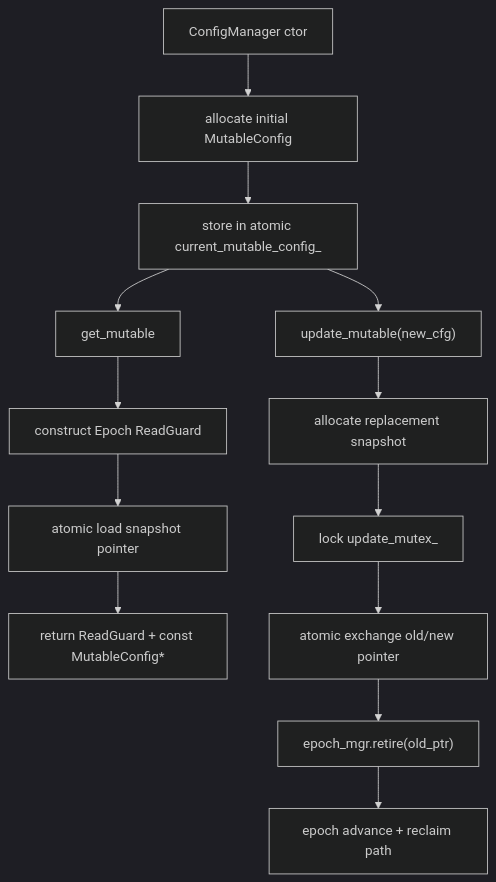
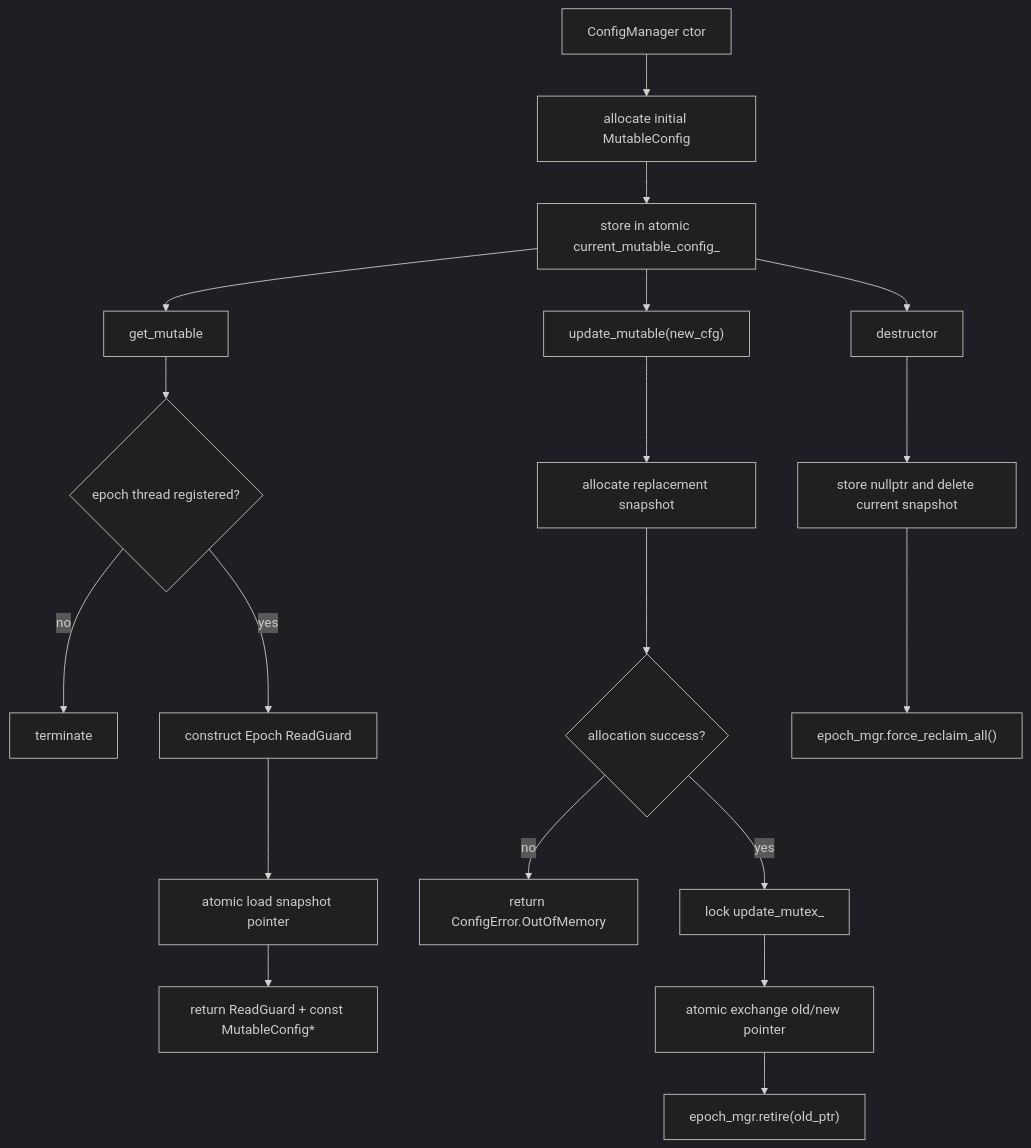
The diagram in docs/architecture/02-configuration-management.md (ankitkr-04/strata-db), drawn with Mermaid (dark theme) before and after one commit. The commit also changed other lines of this file and 7 other files, not shown here.

First line of the commit message:
docs: update architecture documentation for SkipListMemTable and SkipListNode

````diff
--- a/docs/architecture/02-configuration-management.md
+++ b/docs/architecture/02-configuration-management.md
@@ -64,16 +66,23 @@
 ```mermaid
 flowchart TD
     A[ConfigManager ctor] --> B[allocate initial MutableConfig]
     B --> C[store in atomic current_mutable_config_]
     C --> D[get_mutable]
-    D --> E[construct Epoch ReadGuard]
-    E --> F[atomic load snapshot pointer]
-    F --> G[return ReadGuard + const MutableConfig*]
+    D --> E{"epoch thread registered?"}
+    E -- no --> X[terminate]
+    E -- yes --> F[construct Epoch ReadGuard]
+    F --> G[atomic load snapshot pointer]
+    G --> H[return ReadGuard + const MutableConfig*]
 
-    C --> H["update_mutable(new_cfg)"]
-    H --> I[allocate replacement snapshot]
-    I --> J[lock update_mutex_]
-    J --> K[atomic exchange old/new pointer]
-    K --> L["epoch_mgr.retire(old_ptr)"]
-    L --> M[epoch advance + reclaim path]
+    C --> U0["update_mutable(new_cfg)"]
+    U0 --> I[allocate replacement snapshot]
+    I --> J{"allocation success?"}
+    J -- no --> K[return ConfigError.OutOfMemory]
+    J -- yes --> L[lock update_mutex_]
+    L --> M[atomic exchange old/new pointer]
+    M --> N["epoch_mgr.retire(old_ptr)"]
+
+    C --> T[destructor]
+    T --> U[store nullptr and delete current snapshot]
+    U --> V["epoch_mgr.force_reclaim_all()"]
 ```
````
